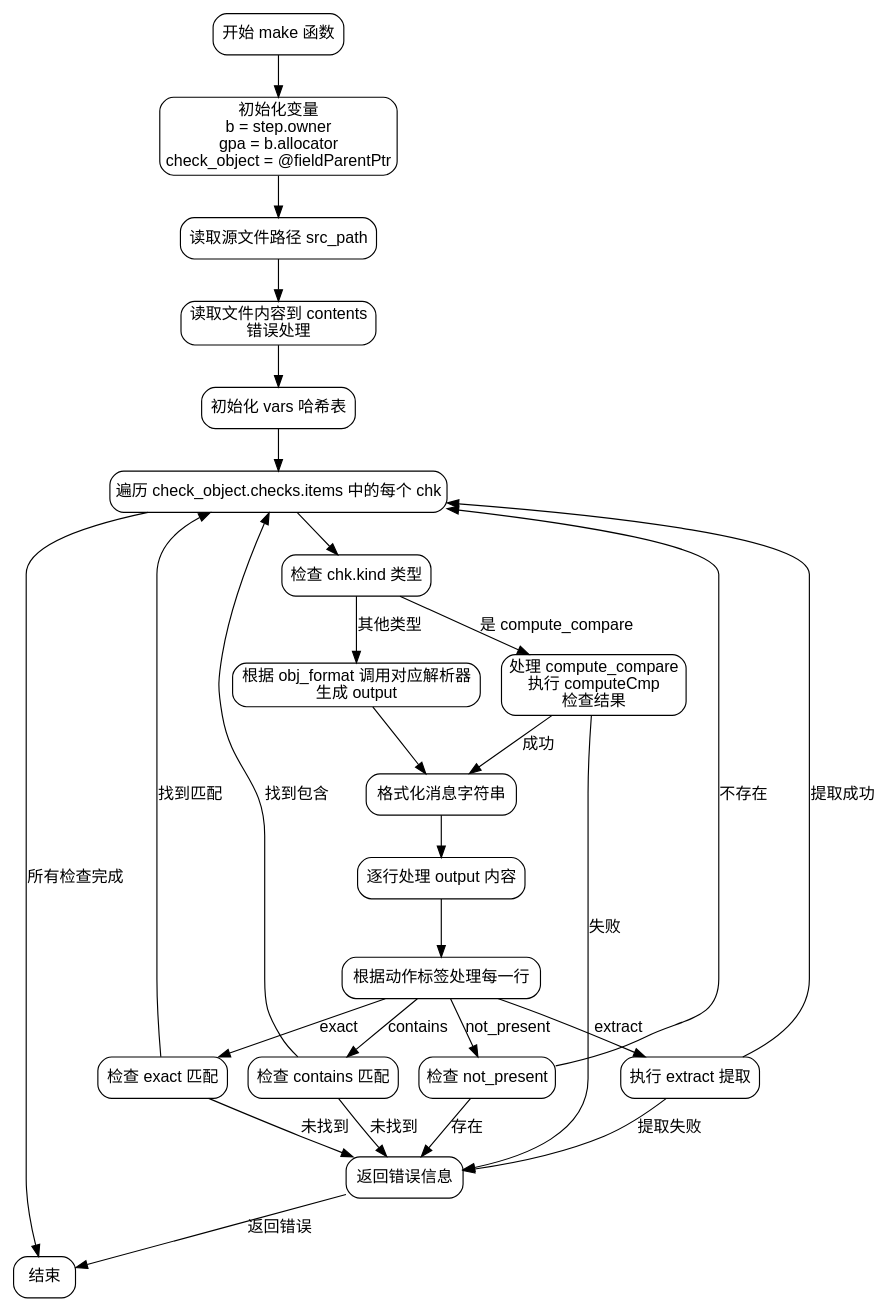
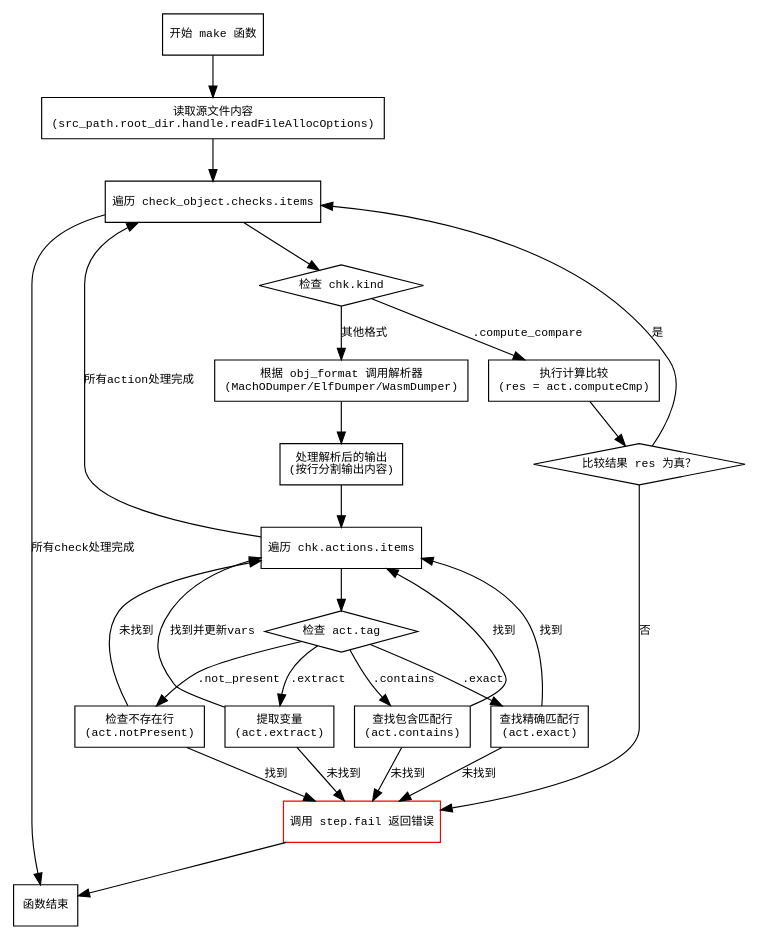
The diagram in dot_std/Build/Step/CheckObject.zig.make.md (sdzx-1/deepseek-zig-reader), drawn with Graphviz before and after one commit. The commit also changed other lines of this file and 236 other files, not shown here.

````diff
--- a/dot_std/Build/Step/CheckObject.zig.make.md
+++ b/dot_std/Build/Step/CheckObject.zig.make.md
@@ -36,62 +40,60 @@
-```graphviz
+```dot
 digraph flowchart {
-    node [shape=rectangle, style="rounded", fontname="Arial"];
-    edge [fontname="Arial"];
+    node [shape=rectangle, fontname="Courier", fontsize=10];
+    edge [fontname="Courier", fontsize=10];
 
     start [label="开始 make 函数"];
-    init_vars [label="初始化变量\nb = step.owner\ngpa = b.allocator\ncheck_object = @fieldParentPtr"];
-    read_source [label="读取源文件路径 src_path"];
-    read_file [label="读取文件内容到 contents\n错误处理"];
-    init_hashmap [label="初始化 vars 哈希表"];
-    loop_checks [label="遍历 check_object.checks.items 中的每个 chk"];
-    check_kind [label="检查 chk.kind 类型"];
-    compute_cmp [label="处理 compute_compare\n执行 computeCmp\n检查结果"];
-    handle_parser [label="根据 obj_format 调用对应解析器\n生成 output"];
-    format_message [label="格式化消息字符串"];
-    process_output [label="逐行处理 output 内容"];
-    action_switch [label="根据动作标签处理每一行"];
-    exact_check [label="检查 exact 匹配"];
-    contains_check [label="检查 contains 匹配"];
-    not_present_check [label="检查 not_present"];
-    extract_check [label="执行 extract 提取"];
-    fail [label="返回错误信息"];
-    end [label="结束"];
+    read_source [label="读取源文件内容\n(src_path.root_dir.handle.readFileAllocOptions)"];
+    traverse_checks [label="遍历 check_object.checks.items"];
+    check_kind [label="检查 chk.kind", shape=diamond];
+    compute_compare [label="执行计算比较\n(res = act.computeCmp)"];
+    check_res [label="比较结果 res 为真？", shape=diamond];
+    parse_obj [label="根据 obj_format 调用解析器\n(MachODumper/ElfDumper/WasmDumper)"];
+    process_output [label="处理解析后的输出\n(按行分割输出内容)"];
+    traverse_actions [label="遍历 chk.actions.items"];
+    action_tag [label="检查 act.tag", shape=diamond];
+    exact_match [label="查找精确匹配行\n(act.exact)"];
+    contains_check [label="查找包含匹配行\n(act.contains)"];
+    not_present_check [label="检查不存在行\n(act.notPresent)"];
+    extract_var [label="提取变量\n(act.extract)"];
+    fail [label="调用 step.fail 返回错误", color=red];
 
-    start -> init_vars;
-    init_vars -> read_source;
-    read_source -> read_file;
-    read_file -> init_hashmap;
-    init_hashmap -> loop_checks;
+    start -> read_source;
+    read_source -> traverse_checks;
 
-    loop_checks -> check_kind;
-    check_kind -> compute_cmp [label="是 compute_compare"];
-    check_kind -> handle_parser [label="其他类型"];
+    traverse_checks -> check_kind;
+    check_kind -> compute_compare [label=".compute_compare"];
+    check_kind -> parse_obj [label="其他格式"];
 
-    compute_cmp -> format_message [label="成功"];
-    compute_cmp -> fail [label="失败"];
+    compute_compare -> check_res;
+    check_res -> fail [label="否"];
+    check_res -> traverse_checks [label="是"];
 
-    handle_parser -> format_message;
-    format_message -> process_output;
+    parse_obj -> process_output;
+    process_output -> traverse_actions;
 
-    process_output -> action_switch;
-    action_switch -> exact_check [label="exact"];
-    action_switch -> contains_check [label="contains"];
-    action_switch -> not_present_check [label="not_present"];
-    action_switch -> extract_check [label="extract"];
+    traverse_actions -> action_tag;
+    action_tag -> exact_match [label=".exact"];
+    action_tag -> contains_check [label=".contains"];
+    action_tag -> not_present_check [label=".not_present"];
+    action_tag -> extract_var [label=".extract"];
 
-    exact_check -> loop_checks [label="找到匹配"];
-    exact_check -> fail [label="未找到"];
+    exact_match -> fail [label="未找到"];
+    exact_match -> traverse_actions [label="找到"];
 
-    contains_check -> loop_checks [label="找到包含"];
     contains_check -> fail [label="未找到"];
+    contains_check -> traverse_actions [label="找到"];
 
-    not_present_check -> loop_checks [label="不存在"];
-    not_present_check -> fail [label="存在"];
+    not_present_check -> fail [label="找到"];
+    not_present_check -> traverse_actions [label="未找到"];
 
-    extract_check -> loop_checks [label="提取成功"];
-    extract_check -> fail [label="提取失败"];
+    extract_var -> fail [label="未找到"];
+    extract_var -> traverse_actions [label="找到并更新vars"];
 
-    loop_checks -> end [label="所有检查完成"];
-    fail -> end [label="返回错误"];
+    traverse_actions -> traverse_checks [label="所有action处理完成"];
+    traverse_checks -> end [label="所有check处理完成"];
+    fail -> end;
+
+    end [label="函数结束"];
 }
 ```
````
